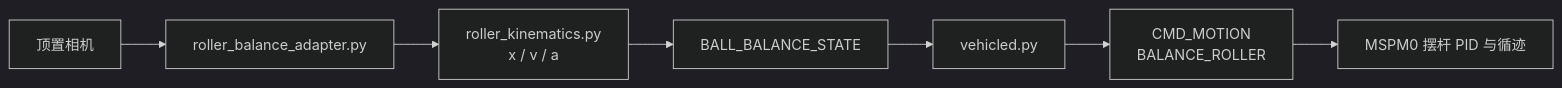
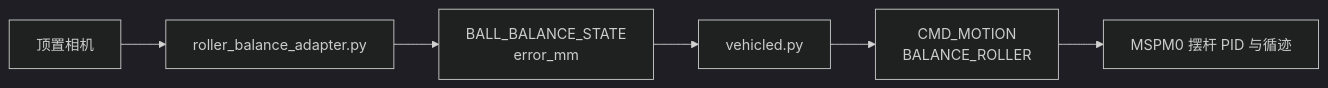
One commit to NaBCberry/robot_car changed the diagram in docs/roller_balance.md. Above: the diagram before and after it, drawn with Mermaid (dark theme). The commit also changed other lines of this file and 6 other files, not shown here.

````diff
--- a/docs/roller_balance.md
+++ b/docs/roller_balance.md
@@ -8,9 +8,8 @@
 ```mermaid
 flowchart LR
     A[顶置相机] --> B[roller_balance_adapter.py]
-    B --> C[roller_kinematics.py<br/>x / v / a]
-    C --> D[BALL_BALANCE_STATE]
-    D --> E[vehicled.py]
-    E --> F[CMD_MOTION<br/>BALANCE_ROLLER]
-    F --> G[MSPM0 摆杆 PID 与循迹]
+    B --> C[BALL_BALANCE_STATE<br/>error_mm]
+    C --> D[vehicled.py]
+    D --> E[CMD_MOTION<br/>BALANCE_ROLLER]
+    E --> F[MSPM0 摆杆 PID 与循迹]
 ```
````
